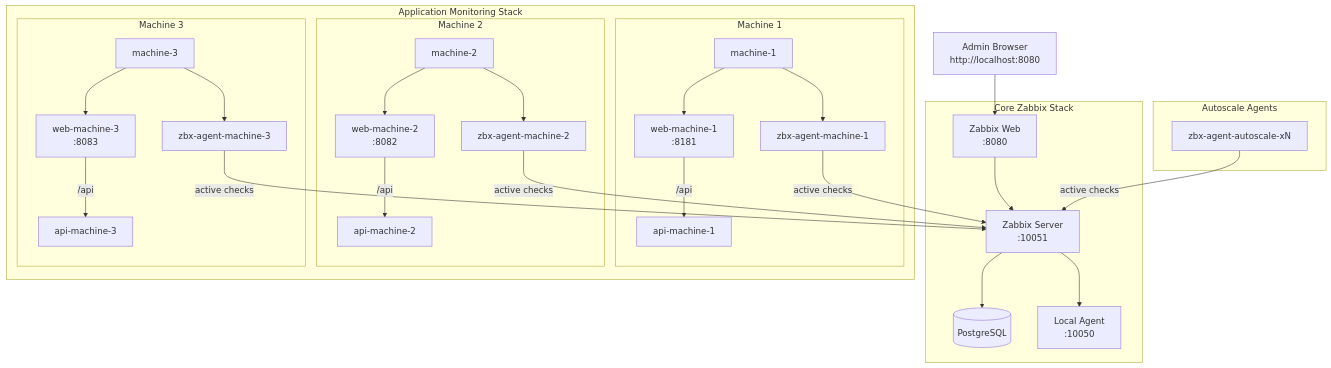
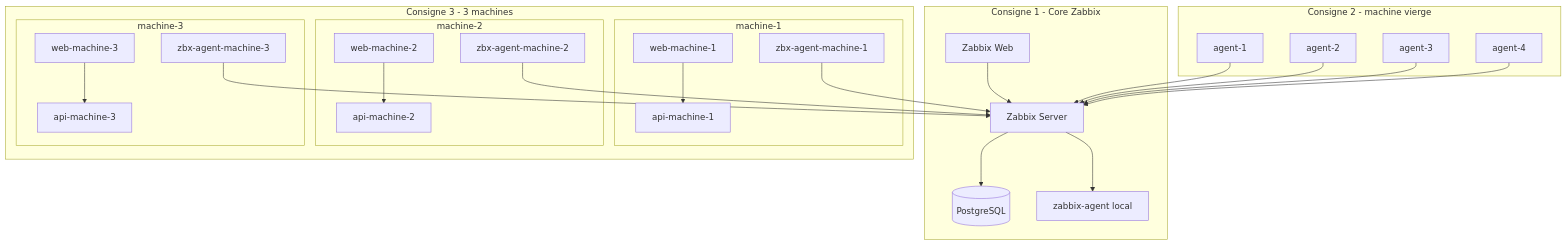
One commit to RobinThiriet/Zabbix changed the diagram in README.md. Above: the diagram before and after it, drawn with Mermaid. The commit also changed other lines of this file and 12 other files, not shown here.

````diff
--- a/README.md
+++ b/README.md
@@ -18,53 +11,42 @@
 ```mermaid
 flowchart TB
-  User[Admin Browser\nhttp://localhost:8080] --> ZW
-
-  subgraph Core[Core Zabbix Stack]
+  subgraph C1[Consigne 1 - Core Zabbix]
     PG[(PostgreSQL)]
-    ZS[Zabbix Server\n:10051]
-    ZW[Zabbix Web\n:8080]
-    ZA0[Local Agent\n:10050]
+    ZS[Zabbix Server]
+    ZW[Zabbix Web]
+    ZA[zabbix-agent local]
     ZW --> ZS
     ZS --> PG
-    ZS --> ZA0
+    ZS --> ZA
   end
 
-  subgraph AppStack[Application Monitoring Stack]
-    subgraph M1[Machine 1]
-      N1[machine-1]
-      W1[web-machine-1\n:8181]
-      A1[api-machine-1]
+  subgraph C3[Consigne 3 - 3 machines]
+    subgraph M1[machine-1]
+      W1[web-machine-1] --> A1[api-machine-1]
       AG1[zbx-agent-machine-1]
-      N1 --> W1
-      N1 --> AG1
-      W1 -->|/api| A1
     end
-    subgraph M2[Machine 2]
-      N2[machine-2]
-      W2[web-machine-2\n:8082]
-      A2[api-machine-2]
+    subgraph M2[machine-2]
+      W2[web-machine-2] --> A2[api-machine-2]
       AG2[zbx-agent-machine-2]
-      N2 --> W2
-      N2 --> AG2
-      W2 -->|/api| A2
     end
-    subgraph M3[Machine 3]
-      N3[machine-3]
-      W3[web-machine-3\n:8083]
-      A3[api-machine-3]
+    subgraph M3[machine-3]
+      W3[web-machine-3] --> A3[api-machine-3]
       AG3[zbx-agent-machine-3]
-      N3 --> W3
-      N3 --> AG3
-      W3 -->|/api| A3
     end
   end
 
-  AG1 -->|active checks| ZS
-  AG2 -->|active checks| ZS
-  AG3 -->|active checks| ZS
+  subgraph C2[Consigne 2 - machine vierge]
+    AGF1[agent-1]
+    AGF2[agent-2]
+    AGF3[agent-3]
+    AGF4[agent-4]
+  end
 
-  subgraph Autoscale[Autoscale Agents]
-    AA[zbx-agent-autoscale-xN]
-  end
-  AA -->|active checks| ZS
+  AG1 --> ZS
+  AG2 --> ZS
+  AG3 --> ZS
+  AGF1 --> ZS
+  AGF2 --> ZS
+  AGF3 --> ZS
+  AGF4 --> ZS
 ```
````
